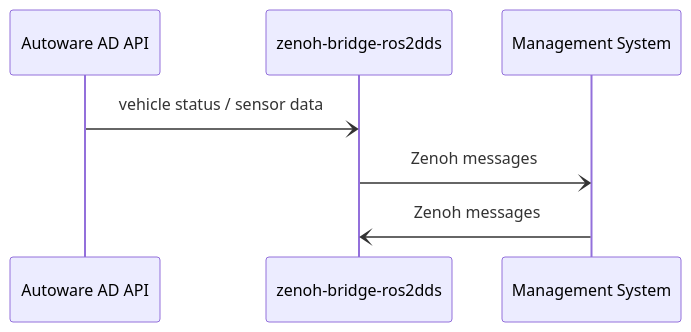
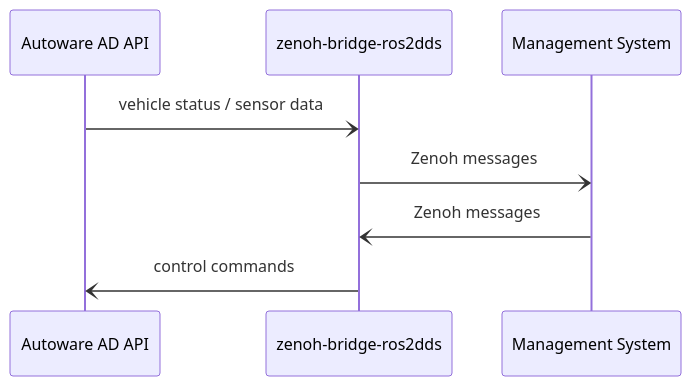
One commit to evshary/zenoh_autoware_fms changed the diagram in README.md. Above: the diagram before and after it, drawn with Mermaid.

Commit message:
Fix the missing doc. (#44)

````diff
--- a/README.md
+++ b/README.md
@@ -7,6 +7,7 @@
 ```mermaid
 sequenceDiagram
 Autoware AD API -) zenoh-bridge-ros2dds: vehicle status / sensor data
 zenoh-bridge-ros2dds -) Management System: Zenoh messages
 Management System -) zenoh-bridge-ros2dds: Zenoh messages
+zenoh-bridge-ros2dds -) Autoware AD API: control commands
 ```
````
